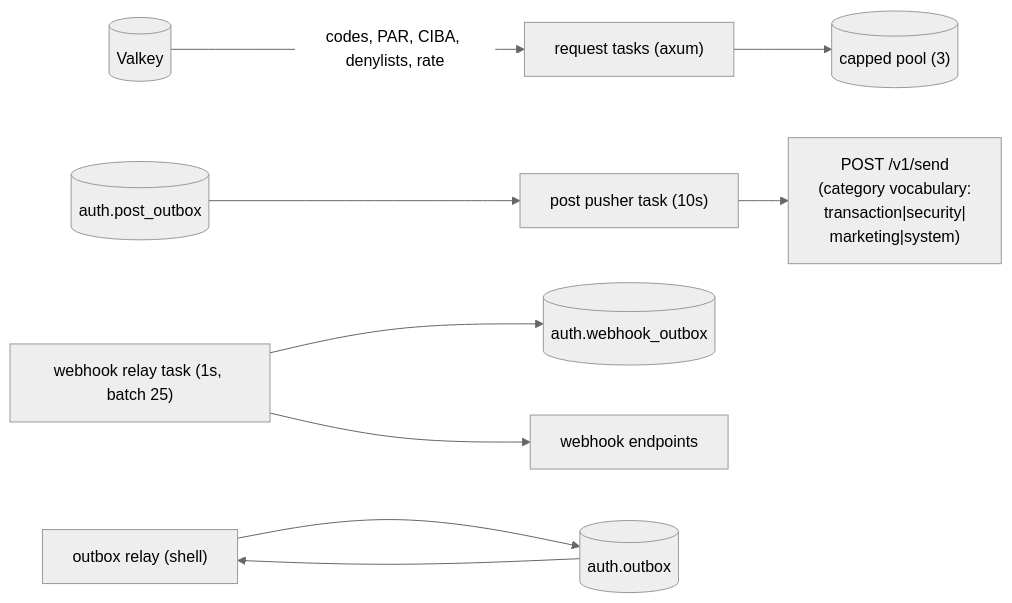
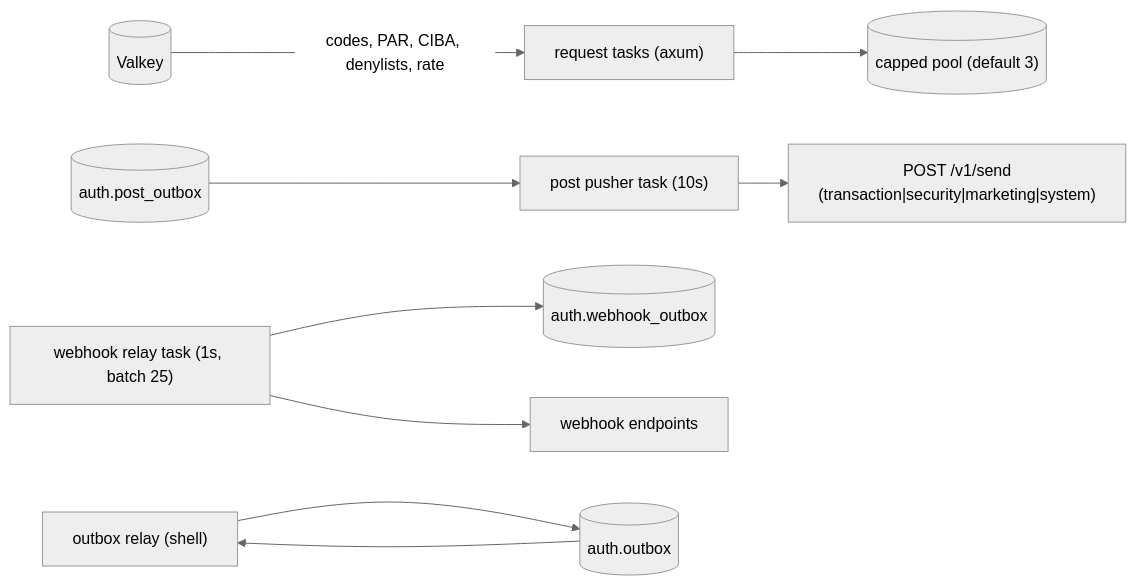
Before and after one commit to Sentin8/sentin8-site: diagram 11 of 19 in docs/services/auth/design.md, drawn with Mermaid (neutral theme). The commit also changed other lines of this file and 28 other files, not shown here.

````diff
--- a/docs/services/auth/design.md
+++ b/docs/services/auth/design.md
@@ -520,11 +540,11 @@
 ```mermaid
 graph LR
-    REQ["request tasks (axum)"] --> POOL[("capped pool (3)")]
+    REQ["request tasks (axum)"] --> POOL[("capped pool (default 3)")]
     VAL[("Valkey")] -- "codes, PAR, CIBA, denylists, rate" --> REQ
-    PP["post pusher task (10s)"] --> POST["POST /v1/send<br/>(category vocabulary:<br/>transaction|security|<br/>marketing|system)"]
+    PP["post pusher task (10s)"] --> POST["POST /v1/send<br/>(transaction|security|marketing|system)"]
     PO2[("auth.post_outbox")] --> PP
     WR["webhook relay task (1s, batch 25)"] --> WO[("auth.webhook_outbox")]
     WR --> EP["webhook endpoints"]
     RELAY["outbox relay (shell)"] --> O[("auth.outbox")]
     O --> RELAY
 ```
````
